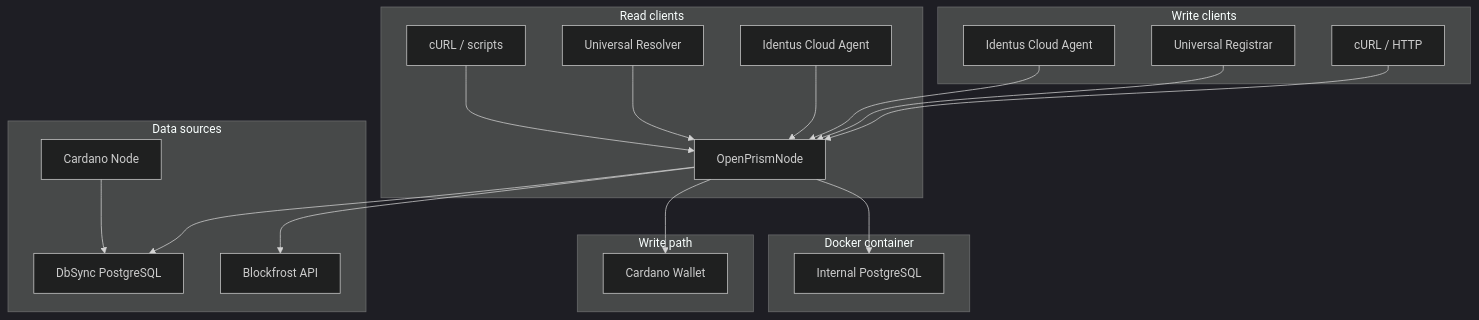
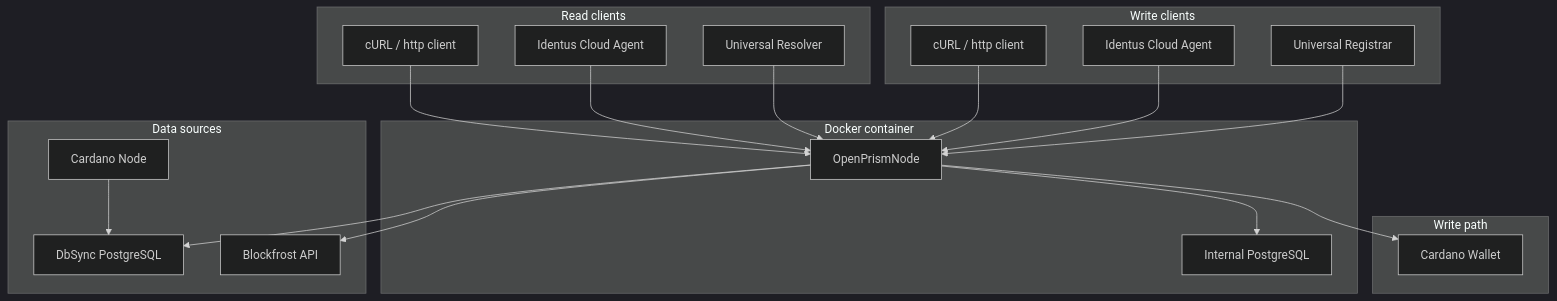
The diagram in docs/Architecture.md (bsandmann/OpenPrismNode), drawn with Mermaid (dark theme) before and after one commit. The commit also changed other lines of this file and 14 other files, not shown here.

`````diff
--- a/docs/Architecture.md
+++ b/docs/Architecture.md
@@ -5,39 +6,38 @@
 ```mermaid
 flowchart TD
+%% Core node in Docker container
+    subgraph "Docker container"
+        OPN["OpenPrismNode"]
+        InternalDB["Internal PostgreSQL"]
+        OPN --> InternalDB
+    end
+
 %% Read clients
-   subgraph "Read clients"
-      CurlRead["cURL / scripts"] --> OPN
-      UR["Universal Resolver"] --> OPN
-      IdentusRead["Identus Cloud Agent"] --> OPN
-   end
+    subgraph "Read clients"
+        CurlRead["cURL / http client"] --> OPN
+        IdentusRead["Identus Cloud Agent"] --> OPN
+        UR["Universal Resolver"] --> OPN
+    end
 
 %% Write clients
-   subgraph "Write clients"
-      IdentusWrite["Identus Cloud Agent"] --> OPN
-      UniRegistrar["Universal Registrar"] --> OPN
-      CurlWrite["cURL / HTTP"] --> OPN
-   end
-
-%% Core node in Docker container
-   subgraph "Docker container"
-      OPN["OpenPrismNode"]
-      InternalDB["Internal PostgreSQL"]
-      OPN --> InternalDB
-   end
+    subgraph "Write clients"
+        CurlWrite["cURL / http client"] --> OPN
+        IdentusWrite["Identus Cloud Agent"] --> OPN
+        UniRegistrar["Universal Registrar"] --> OPN
+    end
 
 %% Data sources
-   subgraph "Data sources"
-      CardanoNode["Cardano Node"] --> DbSync
-      DbSync["DbSync PostgreSQL"]
-      Blockfrost["Blockfrost API"]
-   end
+    subgraph "Data sources"
+        CardanoNode["Cardano Node"] --> DbSync
+        DbSync["DbSync PostgreSQL"]
+        Blockfrost["Blockfrost API"]
+    end
 
-   OPN --> DbSync
-   OPN --> Blockfrost
-
+    OPN --> DbSync
+    OPN --> Blockfrost
 %% Wallet path
-   subgraph "Write path"
-      Wallet["Cardano Wallet"]
-   end
-   OPN --> Wallet
+    subgraph "Write path"
+        Wallet["Cardano Wallet"]
+    end
+    OPN --> Wallet
 ````
`````
